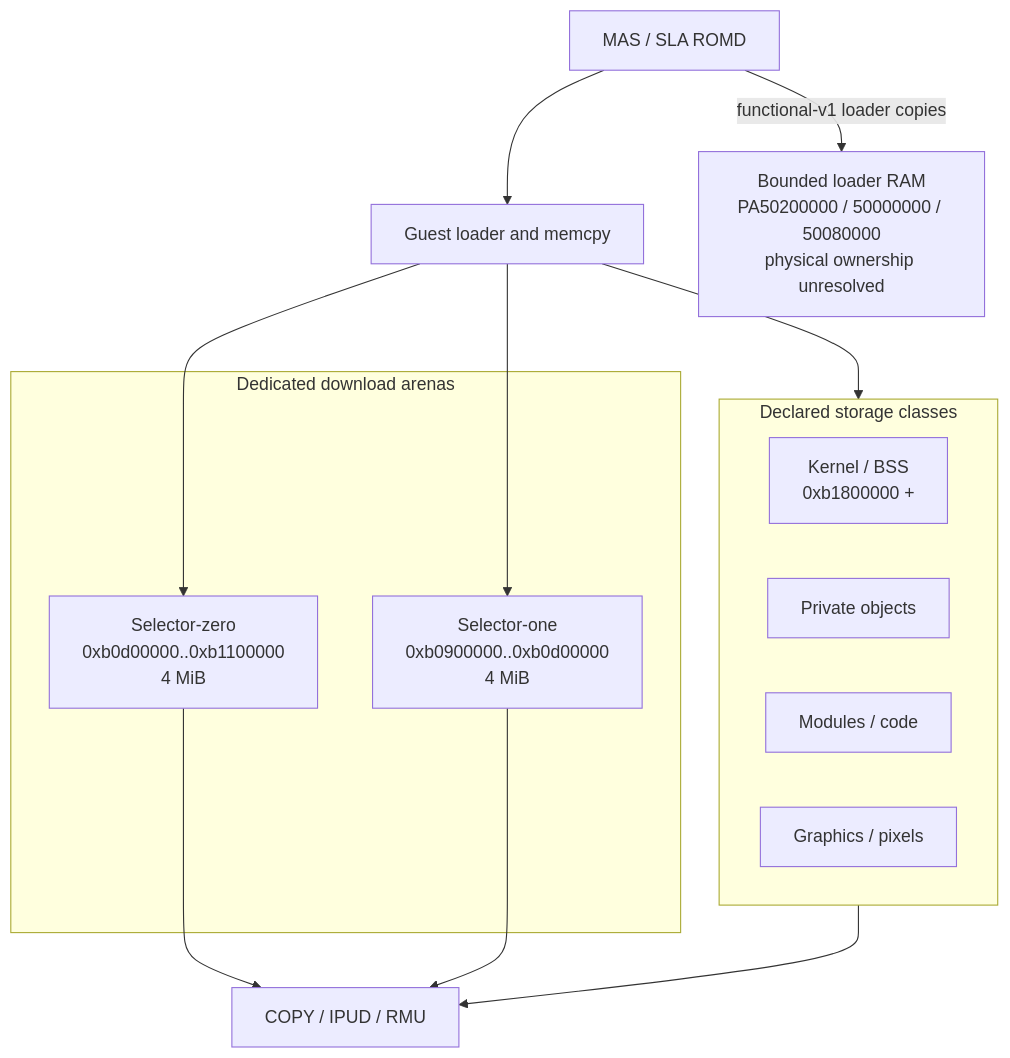
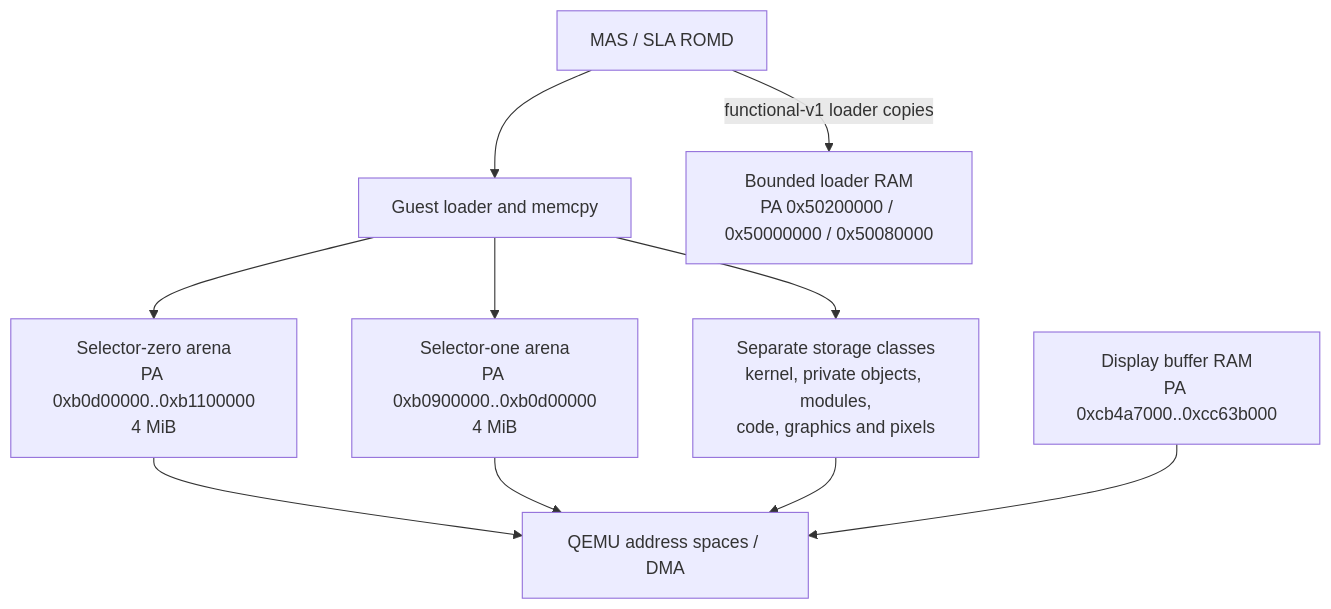
One commit to nightglasses/z7ii-qemu changed the third of 6 diagrams in docs/architecture.md. Above: the diagram before and after it, drawn with Mermaid. The commit also changed other lines of this file and 4 other files, not shown here.

Commit message:
docs: align architecture with current pipelines

````diff
--- a/docs/architecture.md
+++ b/docs/architecture.md
@@ -80,26 +85,12 @@
 ```mermaid
 flowchart TD
-  ROMD[MAS / SLA ROMD]
-  Loader[Guest loader and memcpy]
-  ROMD --> Loader
-
-  subgraph Arenas[Dedicated download arenas]
-    Zero[Selector-zero\n0xb0d00000..0xb1100000\n4 MiB]
-    One[Selector-one\n0xb0900000..0xb0d00000\n4 MiB]
-  end
-  Loader --> Zero
-  Loader --> One
-
-  subgraph DDR[Declared storage classes]
-    Kernel[Kernel / BSS\n0xb1800000 +]
-    Private[Private objects]
-    Modules[Modules / code]
-    Graphics[Graphics / pixels]
-  end
-  Loader --> DDR
-
-  ROMD -->|functional-v1 loader copies| LoaderViews[Bounded loader RAM\nPA50200000 / 50000000 / 50080000\nphysical ownership unresolved]
-  Zero --> Copy[COPY / IPUD / RMU]
-  One --> Copy
-  DDR --> Copy
+  ROMD["MAS / SLA ROMD"] --> Loader["Guest loader and memcpy"]
+  Loader --> Zero["Selector-zero arena<br/>PA 0xb0d00000..0xb1100000<br/>4 MiB"]
+  Loader --> One["Selector-one arena<br/>PA 0xb0900000..0xb0d00000<br/>4 MiB"]
+  Loader --> DDR["Separate storage classes<br/>kernel, private objects, modules,<br/>code, graphics and pixels"]
+  ROMD -->|"functional-v1 loader copies"| LoaderViews["Bounded loader RAM<br/>PA 0x50200000 / 0x50000000 / 0x50080000"]
+  Zero --> Bus["QEMU address spaces / DMA"]
+  One --> Bus
+  DDR --> Bus
+  DisplayRAM["Display buffer RAM<br/>PA 0xcb4a7000..0xcc63b000"] --> Bus
 ```
````
